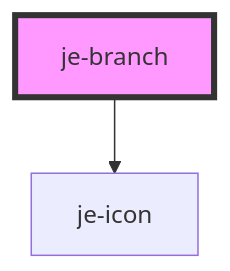
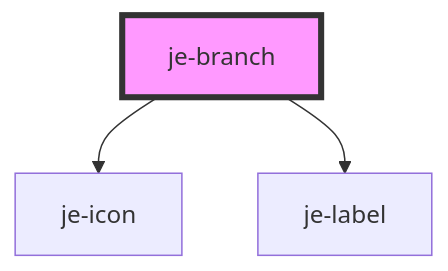
One commit to pgreen00/jebamo changed the diagram in packages/docs/docs/components/je-branch/readme.md. Above: the diagram before and after it, drawn with Mermaid. The commit also changed other lines of this file and 39 other files, not shown here.

````diff
--- a/packages/docs/docs/components/je-branch/readme.md
+++ b/packages/docs/docs/components/je-branch/readme.md
@@ -66,5 +49,6 @@
 ```mermaid
 graph TD;
   je-branch --> je-icon
+  je-branch --> je-label
   style je-branch fill:#f9f,stroke:#333,stroke-width:4px
 ```
````
